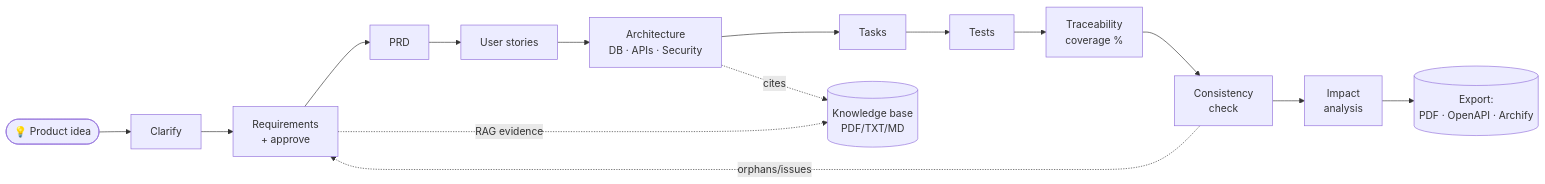
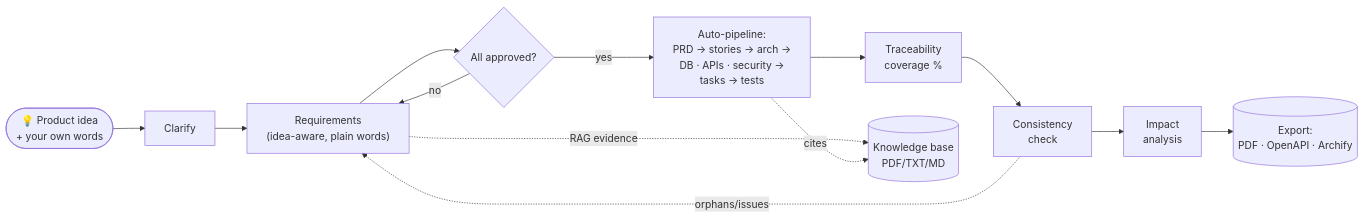
One commit to riddhibantia/BlueprintAI changed the second of 2 diagrams in README.md. Above: the diagram before and after it, drawn with Mermaid. The commit also changed other lines of this file and 23 other files, not shown here.

````diff
--- a/README.md
+++ b/README.md
@@ -41,17 +41,15 @@
 ```mermaid
 flowchart LR
-    IDEA(["💡 Product idea"]) --> CLAR["Clarify"]
-    CLAR --> REQ["Requirements\n+ approve"]
-    REQ --> PRD["PRD"]
-    PRD --> STO["User stories"]
-    STO --> ARCH["Architecture\nDB · APIs · Security"]
-    ARCH --> TASK["Tasks"]
-    TASK --> TEST["Tests"]
-    TEST --> TRACE["Traceability\ncoverage %"]
+    IDEA(["💡 Product idea\n+ your own words"]) --> CLAR["Clarify"]
+    CLAR --> REQ["Requirements\n(idea-aware, plain words)"]
+    REQ --> APPR{"All approved?"}
+    APPR -->|yes| AUTO["Auto-pipeline:\nPRD → stories → arch →\nDB · APIs · security →\ntasks → tests"]
+    APPR -->|no| REQ
+    AUTO --> TRACE["Traceability\ncoverage %"]
     TRACE --> CONS["Consistency\ncheck"]
     CONS --> IMP["Impact\nanalysis"]
     IMP --> EXPORT[("Export:\nPDF · OpenAPI · Archify")]
     REQ -.->|"RAG evidence"| KNOW[("Knowledge base\nPDF/TXT/MD")]
-    ARCH -.->|"cites"| KNOW
+    AUTO -.->|"cites"| KNOW
     CONS -.->|"orphans/issues"| REQ
 ```
````
